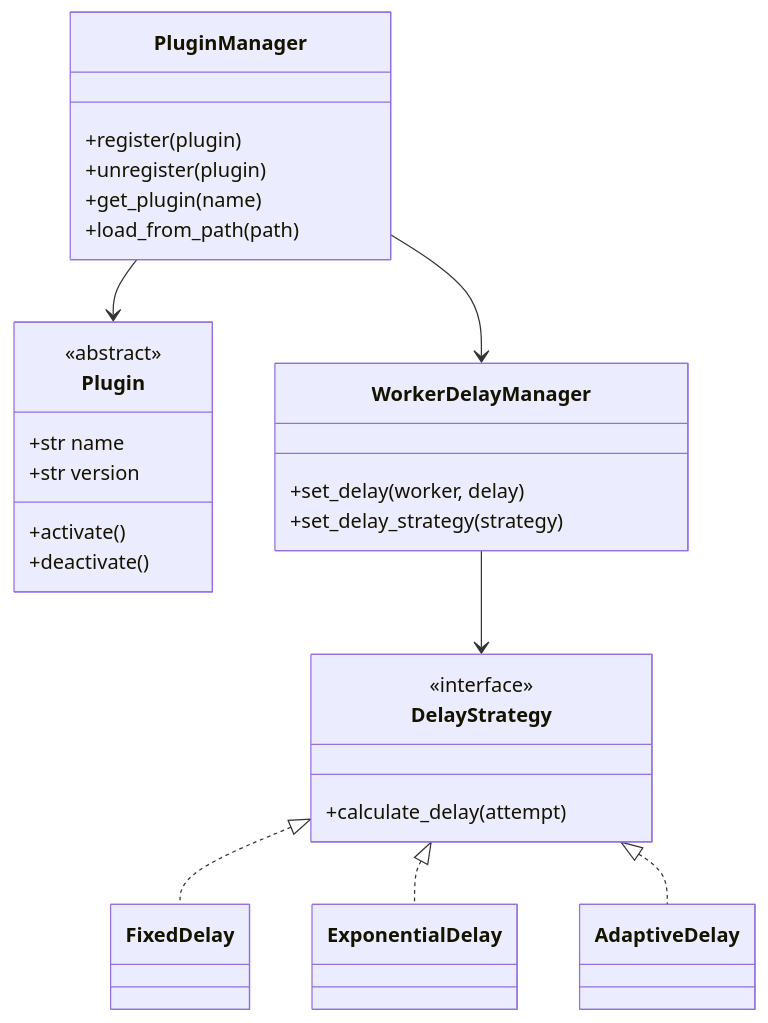
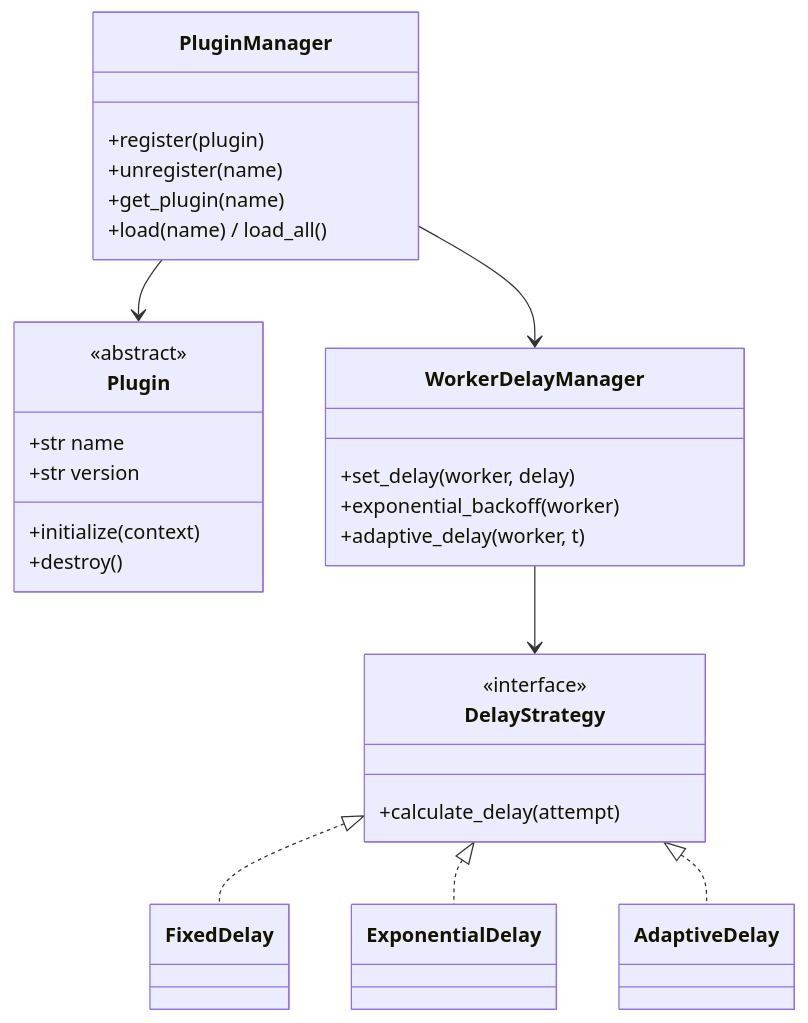
One commit to YearsAlso/zoo-framework changed the eighth of 14 diagrams in docs/ARCHITECTURE.md. Above: the diagram before and after it, drawn with Mermaid. The commit also changed other lines of this file and 14 other files, not shown here.

````diff
--- a/docs/ARCHITECTURE.md
+++ b/docs/ARCHITECTURE.md
@@ -323,38 +327,39 @@
 ```mermaid
 classDiagram
     class Plugin {
         <<abstract>>
         +str name
         +str version
-        +activate()
-        +deactivate()
+        +initialize(context)
+        +destroy()
     }
 
     class PluginManager {
         +register(plugin)
-        +unregister(plugin)
+        +unregister(name)
         +get_plugin(name)
-        +load_from_path(path)
+        +load(name) / load_all()
     }
 
     class WorkerDelayManager {
         +set_delay(worker, delay)
-        +set_delay_strategy(strategy)
+        +exponential_backoff(worker)
+        +adaptive_delay(worker, t)
     }
 
     class DelayStrategy {
         <<interface>>
         +calculate_delay(attempt)
     }
 
     class FixedDelay
     class ExponentialDelay
     class AdaptiveDelay
 
     PluginManager --> Plugin
     PluginManager --> WorkerDelayManager
     WorkerDelayManager --> DelayStrategy
     DelayStrategy <|.. FixedDelay
     DelayStrategy <|.. ExponentialDelay
     DelayStrategy <|.. AdaptiveDelay
 ```
````
